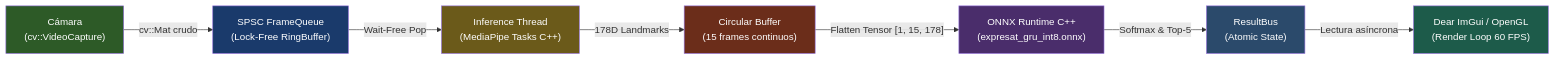
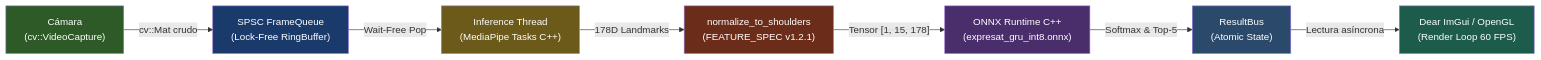
The second of 2 diagrams in Obsidian_exp/Flujo de datos.md (Salf423/expresat), drawn with Mermaid before and after one commit. The commit also changed other lines of this file and 22 other files, not shown here.

Commit message:
docs(dataset-generator): FEATURE_SPEC v1.2.2, PLAN v2.2.2 y catalogo de senas

````diff
--- a/Obsidian_exp/Flujo de datos.md
+++ b/Obsidian_exp/Flujo de datos.md
@@ -65,17 +70,17 @@
 ```mermaid
 flowchart LR
     A["Cámara\n(cv::VideoCapture)"] -->|"cv::Mat crudo"| B["SPSC FrameQueue\n(Lock-Free RingBuffer)"]
     B -->|"Wait-Free Pop"| C["Inference Thread\n(MediaPipe Tasks C++)"]
-    C -->|"178D Landmarks"| D["Circular Buffer\n(15 frames continuos)"]
-    D -->|"Flatten Tensor [1, 15, 178]"| E["ONNX Runtime C++\n(expresat_gru_int8.onnx)"]
+    C -->|"178D Landmarks"| D["normalize_to_shoulders\n(FEATURE_SPEC v1.2.1)"]
+    D -->|"Tensor [1, 15, 178]"| E["ONNX Runtime C++\n(expresat_gru_int8.onnx)"]
     E -->|"Softmax & Top-5"| F["ResultBus\n(Atomic State)"]
     F -->|"Lectura asíncrona"| G["Dear ImGui / OpenGL\n(Render Loop 60 FPS)"]
 
     style A fill:#2d5a27,color:#fff
     style B fill:#1a3a6b,color:#fff
     style C fill:#6b5a1a,color:#fff
     style D fill:#6b2d1a,color:#fff
     style E fill:#4a2d6b,color:#fff
     style F fill:#2b4a6b,color:#fff
     style G fill:#1d5b4a,color:#fff
 ```
````
